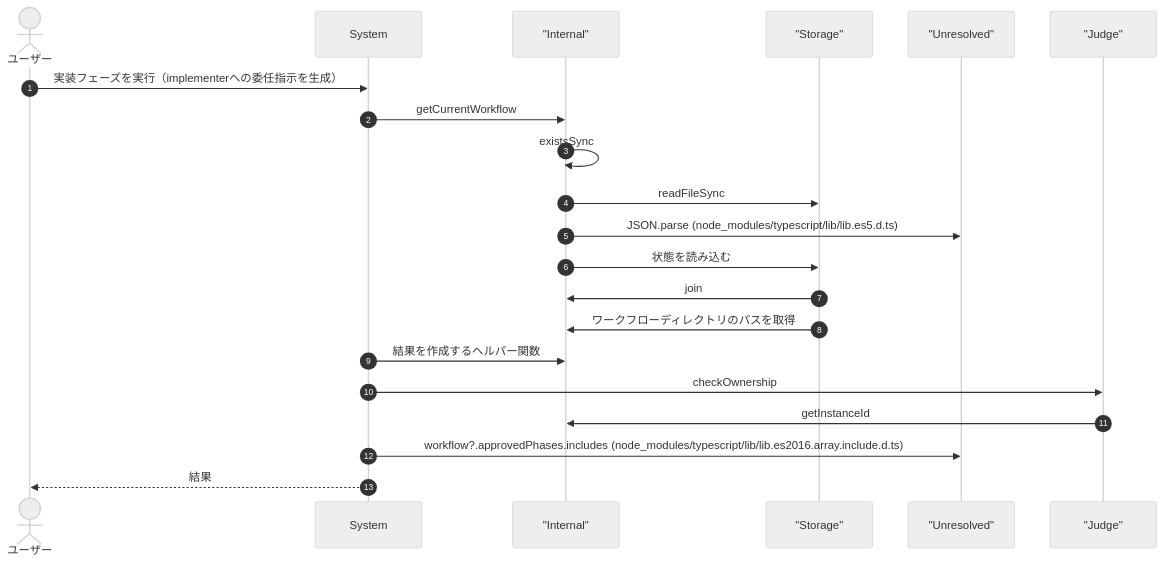
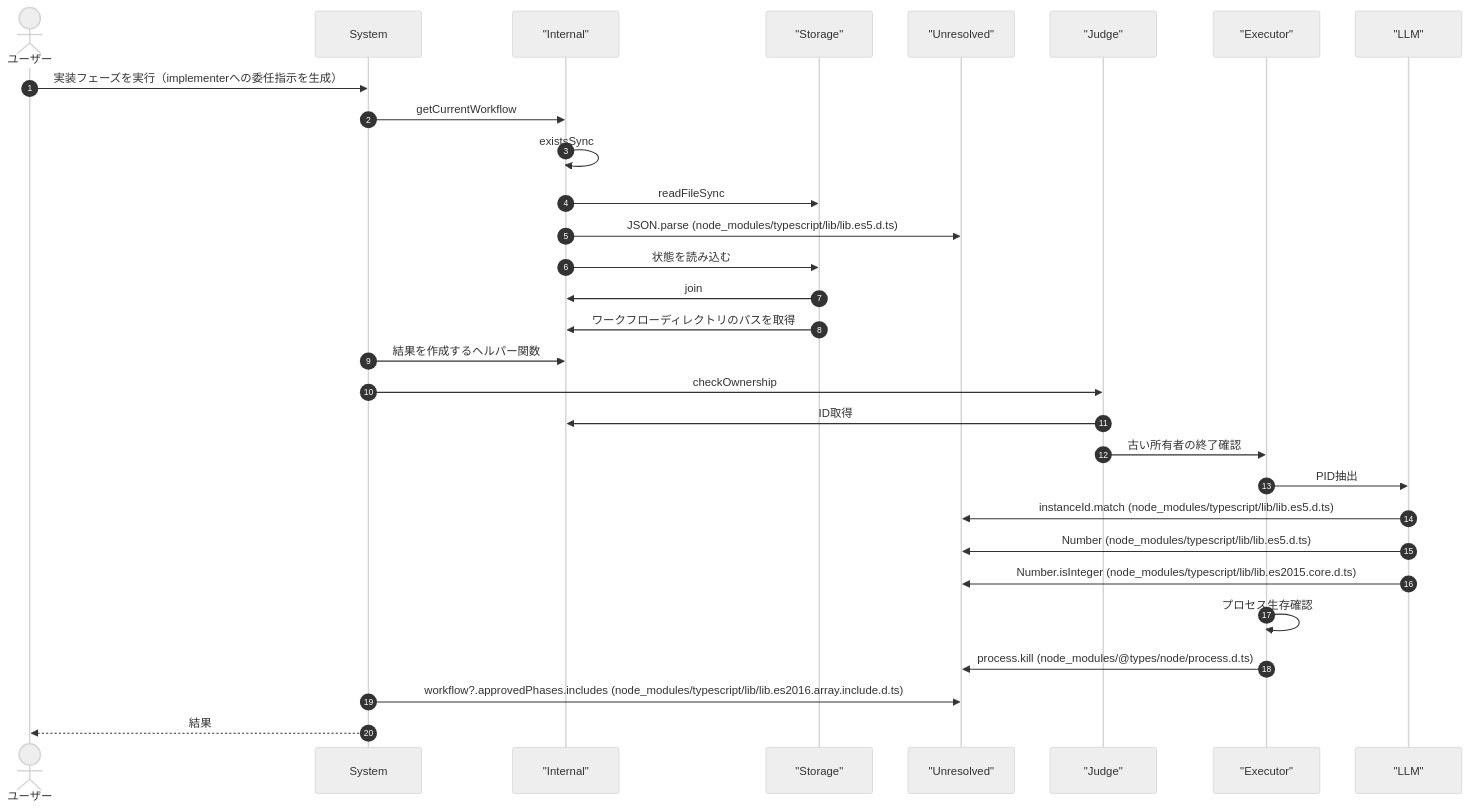
Before and after one commit to Mekann2904/mekann: diagram 14 of 20 in ABDD/.pi/extensions/ul-workflow.md, drawn with Mermaid (neutral theme). The commit also changed other lines of this file and 189 other files, not shown here.

````diff
--- a/ABDD/.pi/extensions/ul-workflow.md
+++ b/ABDD/.pi/extensions/ul-workflow.md
@@ -626,25 +900,34 @@
 ```mermaid
 sequenceDiagram
   autonumber
   actor User as ユーザー
   participant System as System
   participant Internal as "Internal"
   participant Storage as "Storage"
   participant Unresolved as "Unresolved"
   participant Judge as "Judge"
+  participant Executor as "Executor"
+  participant LLM as "LLM"
 
   User->>System: 実装フェーズを実行（implementerへの委任指示を生成）
   System->>Internal: getCurrentWorkflow
   Internal->>Internal: existsSync
   Internal->>Storage: readFileSync
   Internal->>Unresolved: JSON.parse (node_modules/typescript/lib/lib.es5.d.ts)
   Internal->>Storage: 状態を読み込む
   Storage->>Internal: join
   Storage->>Internal: ワークフローディレクトリのパスを取得
   System->>Internal: 結果を作成するヘルパー関数
   System->>Judge: checkOwnership
-  Judge->>Internal: getInstanceId
+  Judge->>Internal: ID取得
+  Judge->>Executor: 古い所有者の終了確認
+  Executor->>LLM: PID抽出
+  LLM->>Unresolved: instanceId.match (node_modules/typescript/lib/lib.es5.d.ts)
+  LLM->>Unresolved: Number (node_modules/typescript/lib/lib.es5.d.ts)
+  LLM->>Unresolved: Number.isInteger (node_modules/typescript/lib/lib.es2015.core.d.ts)
+  Executor->>Executor: プロセス生存確認
+  Executor->>Unresolved: process.kill (node_modules/@types/node/process.d.ts)
   System->>Unresolved: workflow?.approvedPhases.includes (node_modules/typescript/lib/lib.es2016.array.include.d.ts)
   System-->>User: 結果
 
 ```
````
